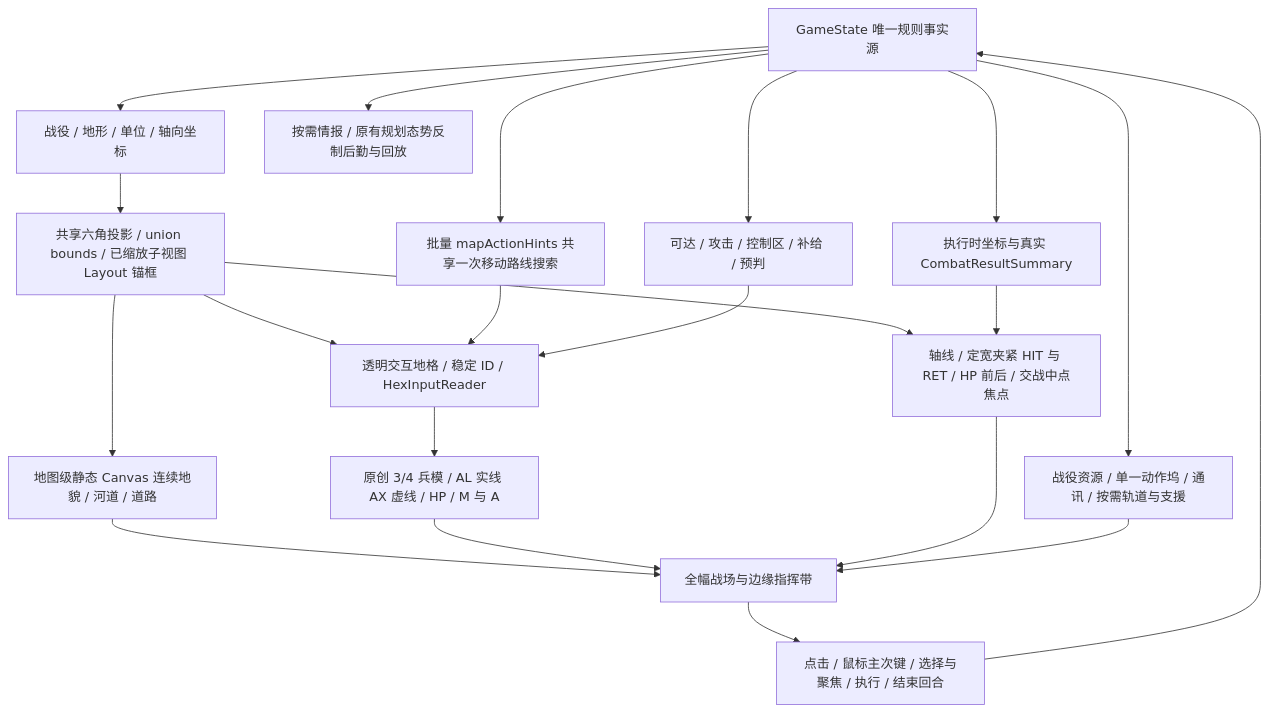
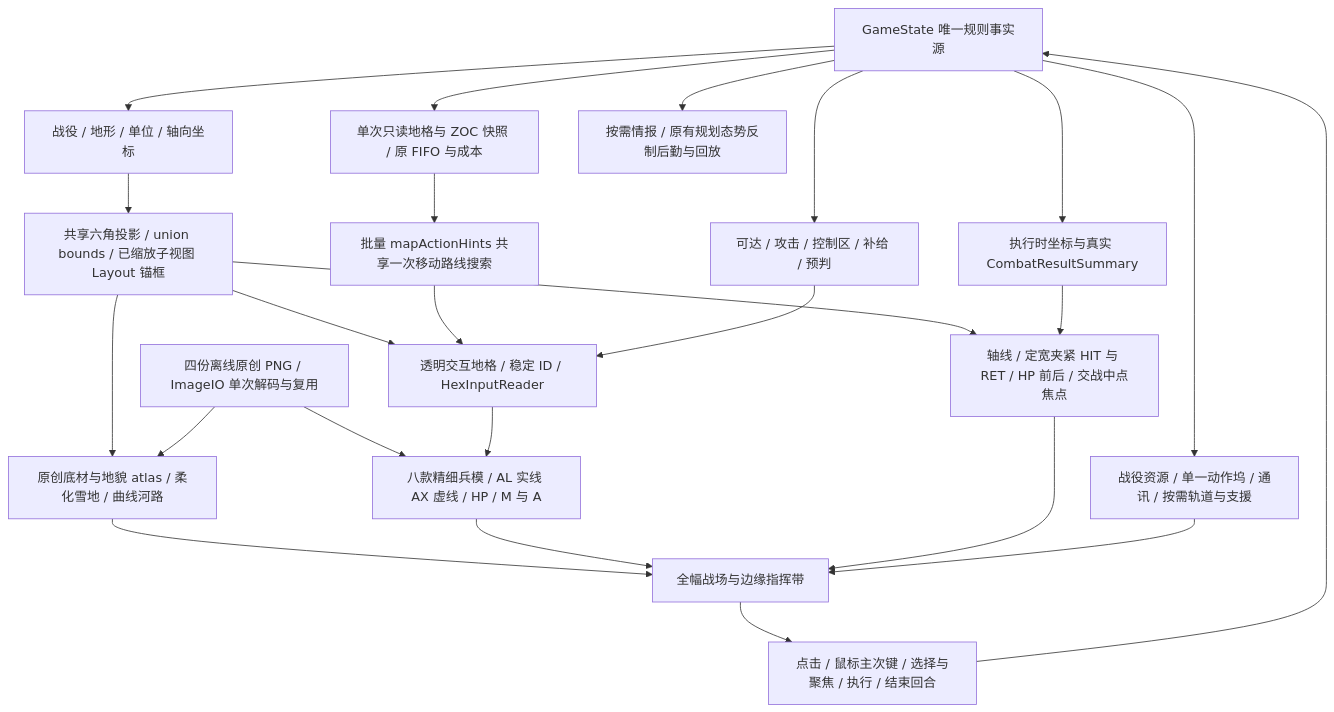
The first of 3 diagrams in md/flow/flowchart.md (Altman-sam114/116), drawn with Mermaid before and after one commit. The commit also changed other lines of this file and 24 other files, not shown here.

````diff
--- a/md/flow/flowchart.md
+++ b/md/flow/flowchart.md
@@ -5,23 +5,26 @@
 ```mermaid
 flowchart TD
     State[GameState 唯一规则事实源] --> Models[战役 / 地形 / 单位 / 轴向坐标]
     Models --> Layout[共享六角投影 / union bounds / 已缩放子视图 Layout 锚框]
-    Layout --> Terrain[地图级静态 Canvas 连续地貌 / 河道 / 道路]
+    Layout --> Terrain[原创底材与地貌 atlas / 柔化雪地 / 曲线河路]
     Layout --> Tiles[透明交互地格 / 稳定 ID / HexInputReader]
-    State --> Hints[批量 mapActionHints 共享一次移动路线搜索]
+    State --> Routes[单次只读地格与 ZOC 快照 / 原 FIFO 与成本]
+    Routes --> Hints[批量 mapActionHints 共享一次移动路线搜索]
     Hints --> Tiles
     State --> Rules[可达 / 攻击 / 控制区 / 补给 / 预判]
     Rules --> Tiles
-    Tiles --> Units[原创 3/4 兵模 / AL 实线 AX 虚线 / HP / M 与 A]
+    Artwork[四份离线原创 PNG / ImageIO 单次解码与复用] --> Terrain
+    Artwork --> Units[八款精细兵模 / AL 实线 AX 虚线 / HP / M 与 A]
+    Tiles --> Units
     State --> Result[执行时坐标与真实 CombatResultSummary]
     Layout --> Feedback[轴线 / 定宽夹紧 HIT 与 RET / HP 前后 / 交战中点焦点]
     Result --> Feedback
     Terrain --> Screen[全幅战场与边缘指挥带]
     Units --> Screen
     Feedback --> Screen
     State --> Deck[战役资源 / 单一动作坞 / 通讯 / 按需轨道与支援]
     Deck --> Screen
     Screen --> Input[点击 / 鼠标主次键 / 选择与聚焦 / 执行 / 结束回合]
     Input --> State
     State --> Inspector[按需情报 / 原有规划态势反制后勤与回放]
 ```
````
